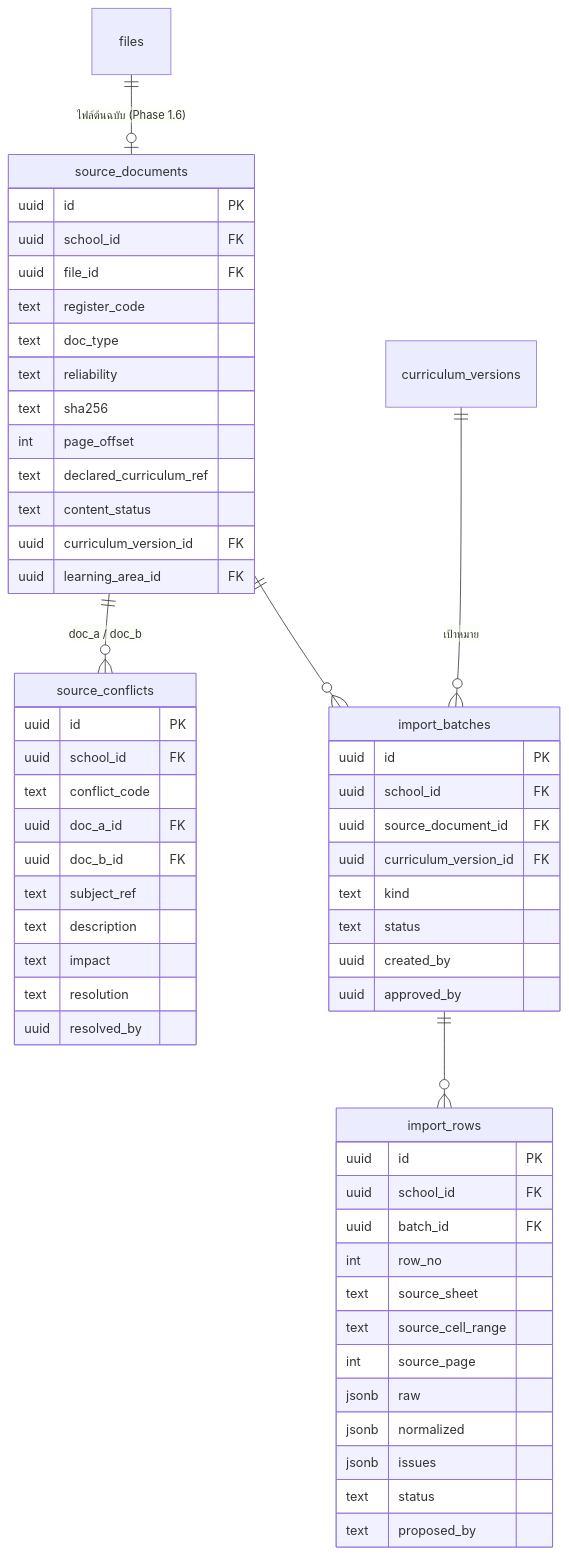
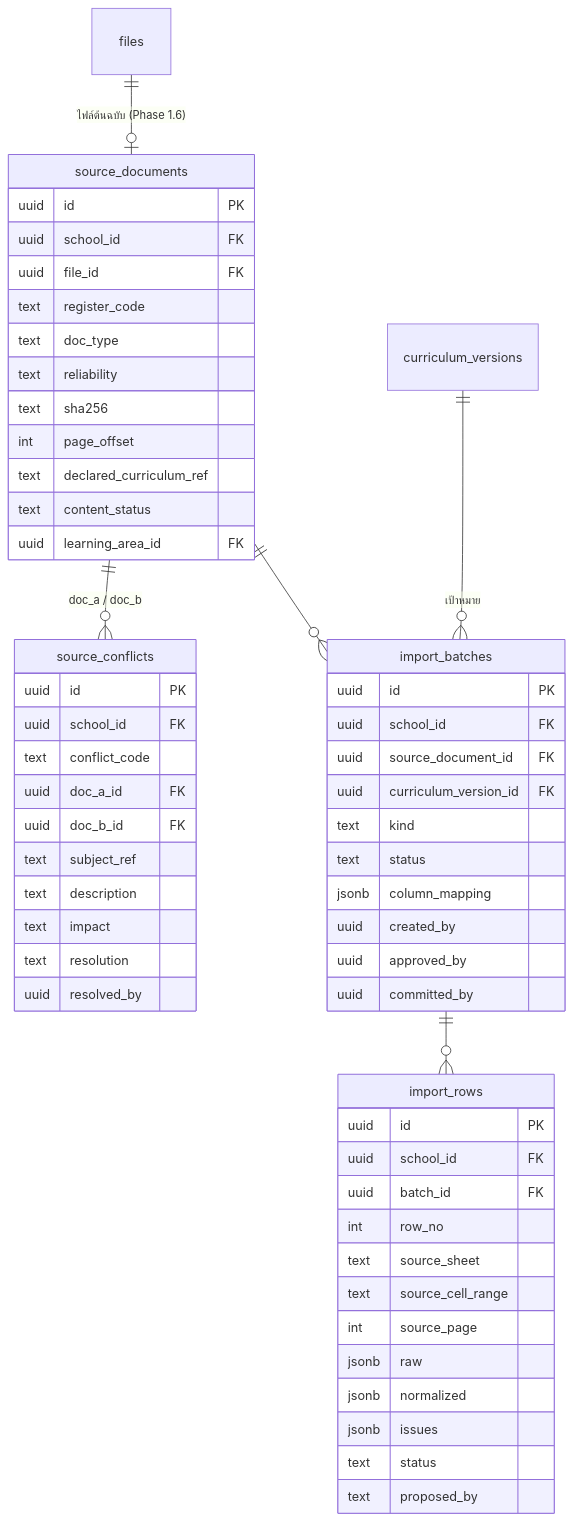
Before and after one commit to sakngamacademic-lang/academic-sakngam: the third of 3 diagrams in docs/architecture/CURRICULUM-ERD.md, drawn with Mermaid. The commit also changed other lines of this file and 3 other files, not shown here.

First line of the commit message:
docs(curriculum): align ERD / data dictionary / import plan with migrations

````diff
--- a/docs/architecture/CURRICULUM-ERD.md
+++ b/docs/architecture/CURRICULUM-ERD.md
@@ -68,13 +69,13 @@
 ```mermaid
 erDiagram
   files ||--o| source_documents : "ไฟล์ต้นฉบับ (Phase 1.6)"
   source_documents ||--o{ source_conflicts : "doc_a / doc_b"
   source_documents ||--o{ import_batches : ""
   curriculum_versions ||--o{ import_batches : "เป้าหมาย"
   import_batches ||--o{ import_rows : ""
 
-  source_documents { uuid id PK uuid school_id FK uuid file_id FK text register_code text doc_type text reliability text sha256 int page_offset text declared_curriculum_ref text content_status uuid curriculum_version_id FK uuid learning_area_id FK }
+  source_documents { uuid id PK uuid school_id FK uuid file_id FK text register_code text doc_type text reliability text sha256 int page_offset text declared_curriculum_ref text content_status uuid learning_area_id FK }
   source_conflicts { uuid id PK uuid school_id FK text conflict_code uuid doc_a_id FK uuid doc_b_id FK text subject_ref text description text impact text resolution uuid resolved_by }
-  import_batches { uuid id PK uuid school_id FK uuid source_document_id FK uuid curriculum_version_id FK text kind text status uuid created_by uuid approved_by }
+  import_batches { uuid id PK uuid school_id FK uuid source_document_id FK uuid curriculum_version_id FK text kind text status jsonb column_mapping uuid created_by uuid approved_by uuid committed_by }
   import_rows { uuid id PK uuid school_id FK uuid batch_id FK int row_no text source_sheet text source_cell_range int source_page jsonb raw jsonb normalized jsonb issues text status text proposed_by }
 ```
````
